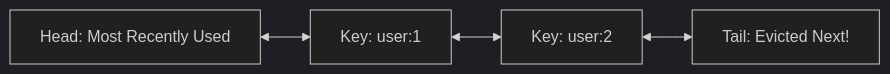
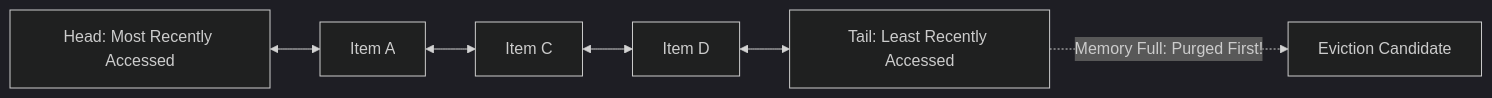
Before and after one commit to Sujalkathait/high-level-design: the first of 2 diagrams in 05-caching/eviction-policies.md, drawn with Mermaid (dark theme). The commit also changed other lines of this file and 41 other files, not shown here.

````diff
--- a/05-caching/eviction-policies.md
+++ b/05-caching/eviction-policies.md
@@ -45,4 +27,5 @@
 ```mermaid
 flowchart LR
-    Head[Head: Most Recently Used] <--> NodeA[Key: user:1] <--> NodeB[Key: user:2] <--> Tail[Tail: Evicted Next!]
+    Head[Head: Most Recently Accessed] <--> A[Item A] <--> C[Item C] <--> D[Item D] <--> Tail[Tail: Least Recently Accessed]
+    Tail -.->|Memory Full: Purged First!| Evicted[Eviction Candidate]
 ```
````
